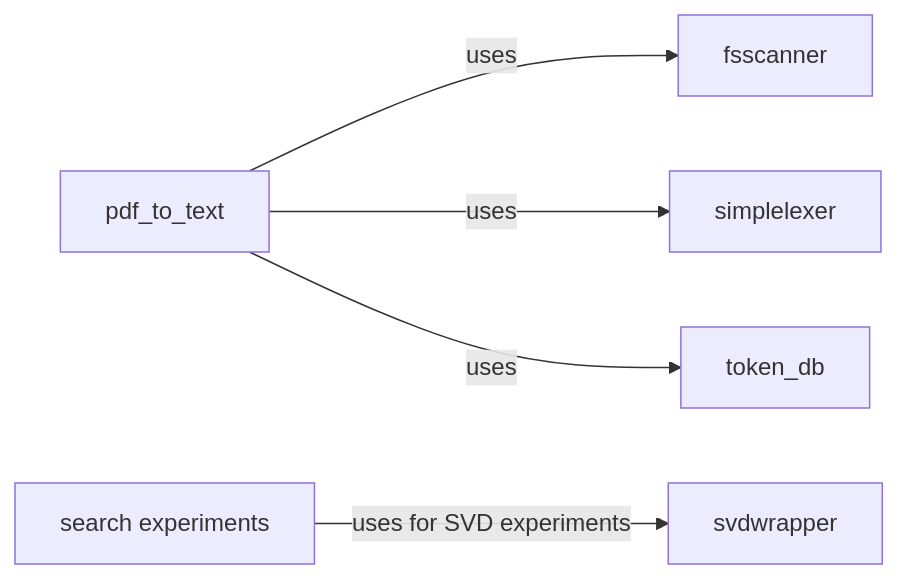
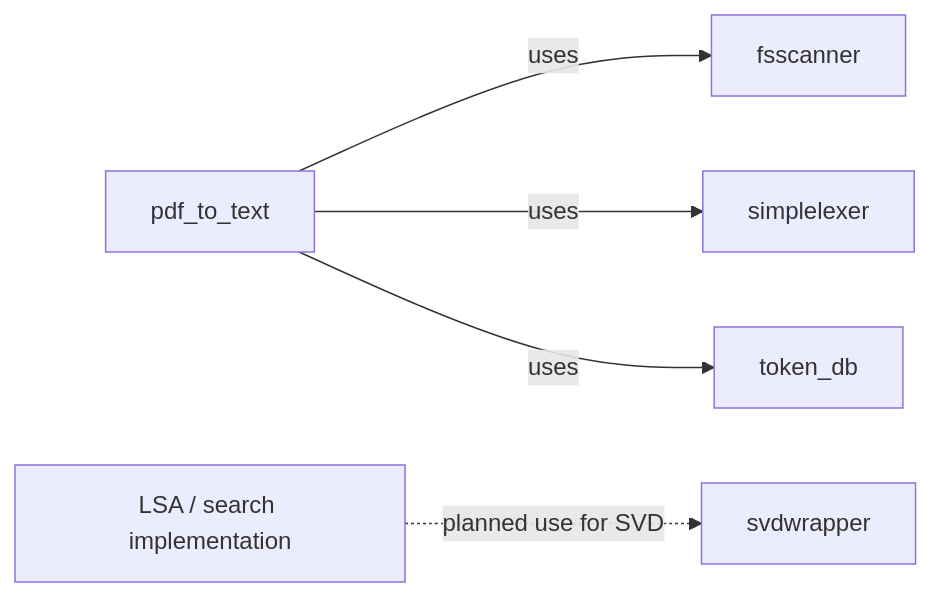
The fourth of 6 diagrams in README.md (witold-k/witold-k), drawn with Mermaid before and after one commit. The commit also changed other lines of this file, not shown here.

Commit message:
Show planned LSA/SVD stage in document data path

````diff
--- a/README.md
+++ b/README.md
@@ -58,7 +60,7 @@
 ```mermaid
 flowchart LR
     P[pdf_to_text] -->|uses| FS[fsscanner]
     P -->|uses| LX[simplelexer]
     P -->|uses| T[token_db]
-    SEARCH[search experiments] -->|uses for SVD experiments| SVD[svdwrapper]
+    SEARCH[LSA / search implementation] -.->|planned use for SVD| SVD[svdwrapper]
 ```
````
